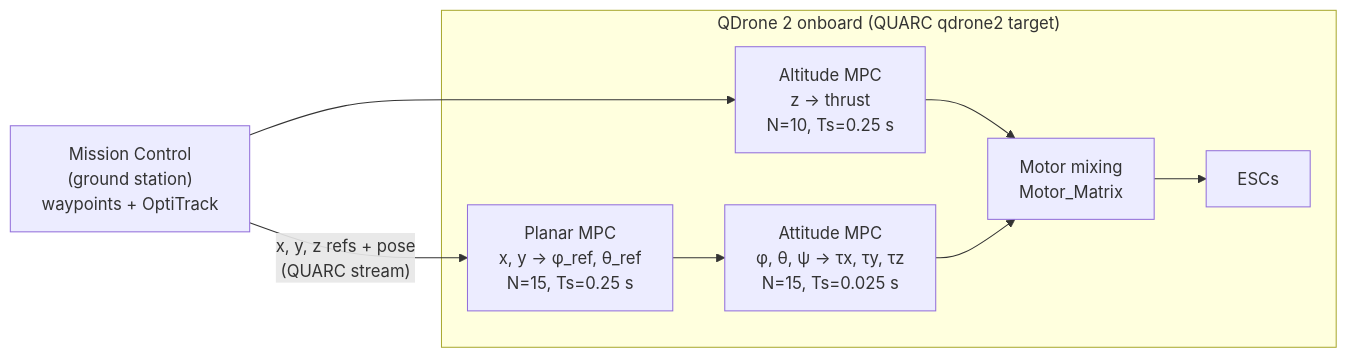
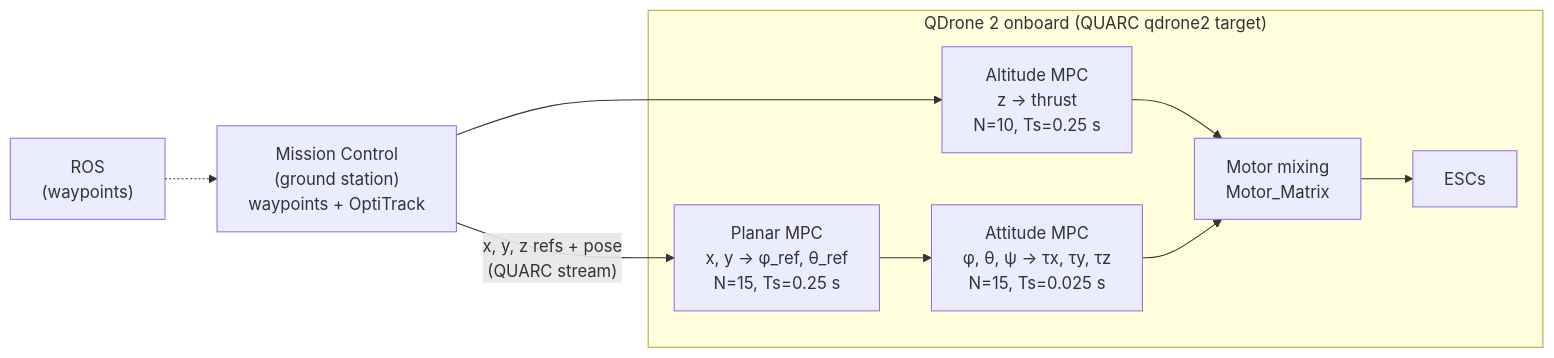
One commit to carlos2219/MPC_Drone_quanser changed the diagram in README.md. Above: the diagram before and after it, drawn with Mermaid. The commit also changed other lines of this file and 1 other file, not shown here.

````diff
--- a/README.md
+++ b/README.md
@@ -9,11 +15,12 @@
 ```mermaid
 flowchart LR
+    ROS["ROS<br/>(waypoints)"] -.-> MC
     MC["Mission Control<br/>(ground station)<br/>waypoints + OptiTrack"] -- "x, y, z refs + pose<br/>(QUARC stream)" --> L
     subgraph D["QDrone 2 onboard (QUARC qdrone2 target)"]
         L["Planar MPC<br/>x, y → φ_ref, θ_ref<br/>N=15, Ts=0.25 s"] --> A
         Z["Altitude MPC<br/>z → thrust<br/>N=10, Ts=0.25 s"] --> M
         A["Attitude MPC<br/>φ, θ, ψ → τx, τy, τz<br/>N=15, Ts=0.025 s"] --> M
         M["Motor mixing<br/>Motor_Matrix"] --> ESC[ESCs]
     end
     MC --> Z
 ```
````
